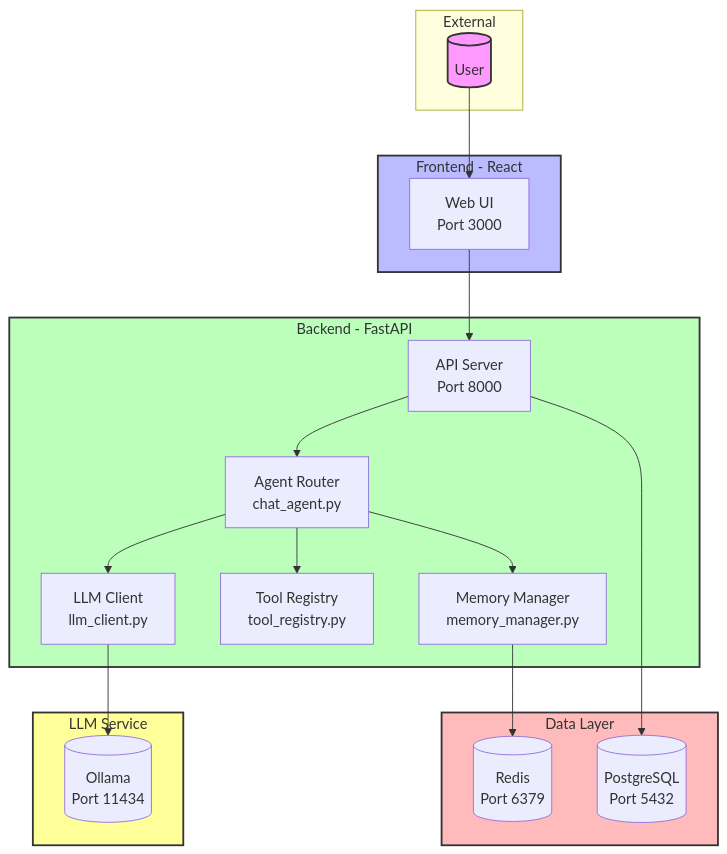
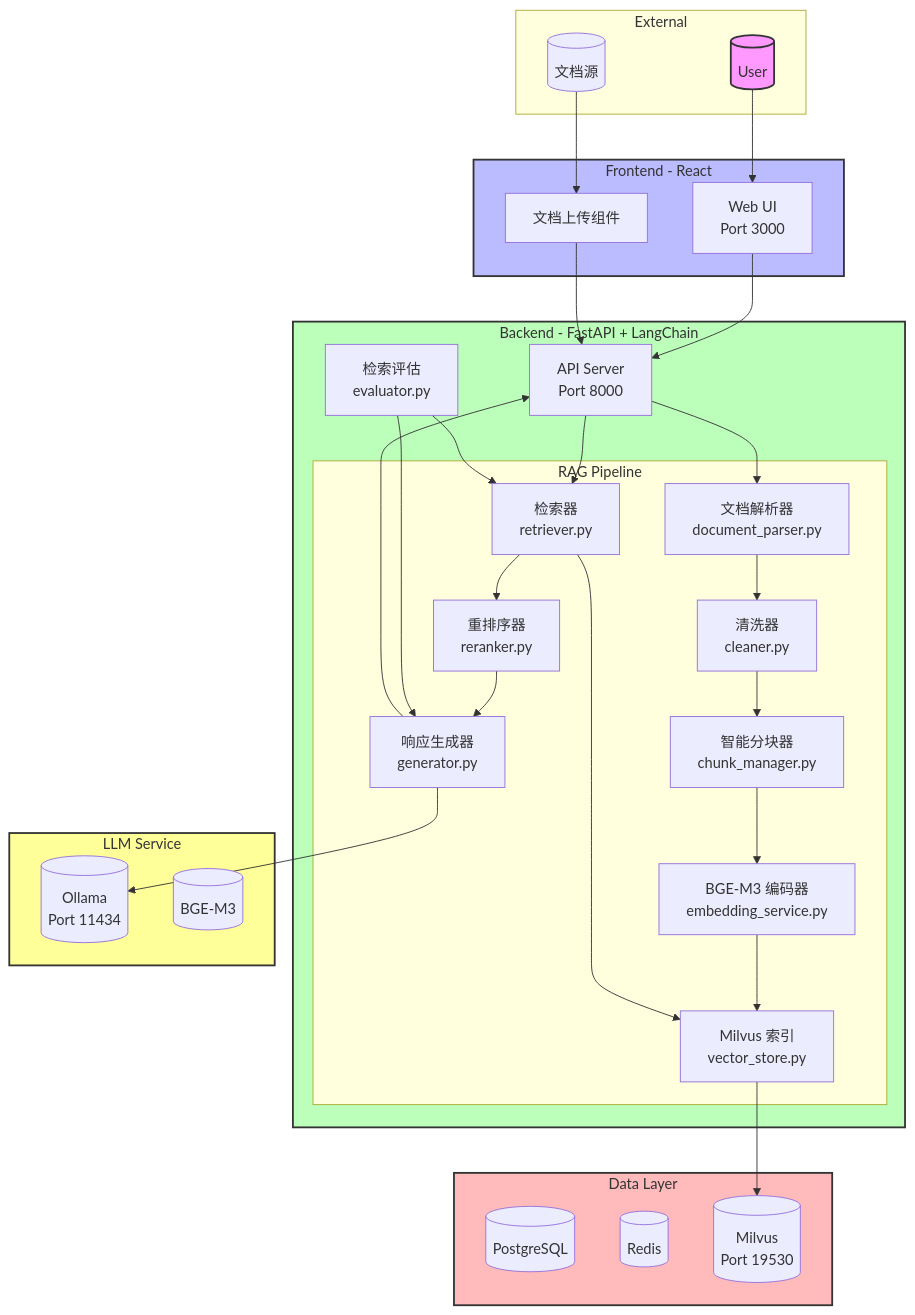
The first of 2 diagrams in ai-saas-week3/README.md (leiluZ/ai-native-saas), drawn with Mermaid before and after one commit. The commit also changed other lines of this file and 10 other files, not shown here.

First line of the commit message:
Week3 day3: add Readme and encapsulated EmbeddingService & VectorStore (#21)

````diff
--- a/ai-saas-week3/README.md
+++ b/ai-saas-week3/README.md
@@ -7,43 +47,65 @@
 ```mermaid
 graph TB
     subgraph External["External"]
         User[("User")]
+        DocSource[(文档源)]
     end
 
     subgraph Frontend["Frontend - React"]
         Web[Web UI<br/>Port 3000]
+        Upload[文档上传组件]
     end
 
-    subgraph Backend["Backend - FastAPI"]
+    subgraph Backend["Backend - FastAPI + LangChain"]
         API[API Server<br/>Port 8000]
-        Agent[Agent Router<br/>chat_agent.py]
-        LLM[LLM Client<br/>llm_client.py]
-        Tools[Tool Registry<br/>tool_registry.py]
-        Memory[Memory Manager<br/>memory_manager.py]
+
+        subgraph RAG_Pipeline["RAG Pipeline"]
+            Parser[文档解析器<br/>document_parser.py]
+            Cleaner[清洗器<br/>cleaner.py]
+            Chunker[智能分块器<br/>chunk_manager.py]
+            Embedding[BGE-M3 编码器<br/>embedding_service.py]
+            VectorStore[Milvus 索引<br/>vector_store.py]
+            Retriever[检索器<br/>retriever.py]
+            Reranker[重排序器<br/>reranker.py]
+            Generator[响应生成器<br/>generator.py]
+        end
+
+        Evaluator[检索评估<br/>evaluator.py]
     end
 
     subgraph Data["Data Layer"]
-        DB[(PostgreSQL<br/>Port 5432)]
-        Redis[(Redis<br/>Port 6379)]
+        DB[(PostgreSQL)]
+        Redis[(Redis)]
+        Milvus[(Milvus<br/>Port 19530)]
     end
 
     subgraph LLM_Service["LLM Service"]
         Ollama[(Ollama<br/>Port 11434)]
+        EmbeddingModel[(BGE-M3)]
     end
 
     User --> Web
     Web --> API
-    API --> Agent
-    Agent --> LLM
-    Agent --> Tools
-    Agent --> Memory
-    LLM --> Ollama
-    Memory --> Redis
-    API --> DB
+    DocSource --> Upload
+    Upload --> API
+    API --> Parser
+    Parser --> Cleaner
+    Cleaner --> Chunker
+    Chunker --> Embedding
+    Embedding --> VectorStore
+    VectorStore --> Milvus
+    API --> Retriever
+    Retriever --> VectorStore
+    Retriever --> Reranker
+    Reranker --> Generator
+    Generator --> Ollama
+    Generator --> API
+    Evaluator --> Retriever
+    Evaluator --> Generator
 
     style User fill:#f9f,stroke:#333,stroke-width:2px
     style Frontend fill:#bbf,stroke:#333,stroke-width:2px
     style Backend fill:#bfb,stroke:#333,stroke-width:2px
     style Data fill:#fbb,stroke:#333,stroke-width:2px
     style LLM_Service fill:#ff9,stroke:#333,stroke-width:2px
 ```
````
